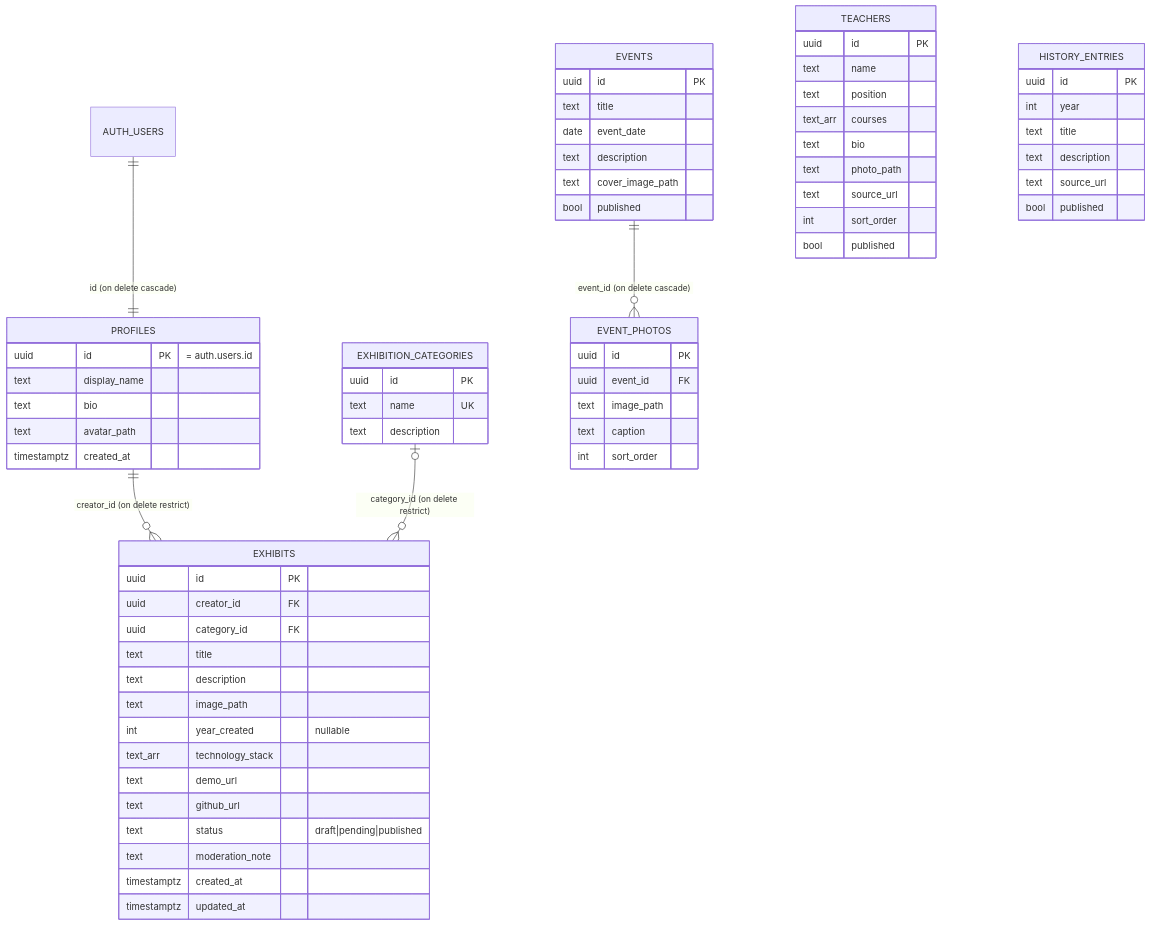
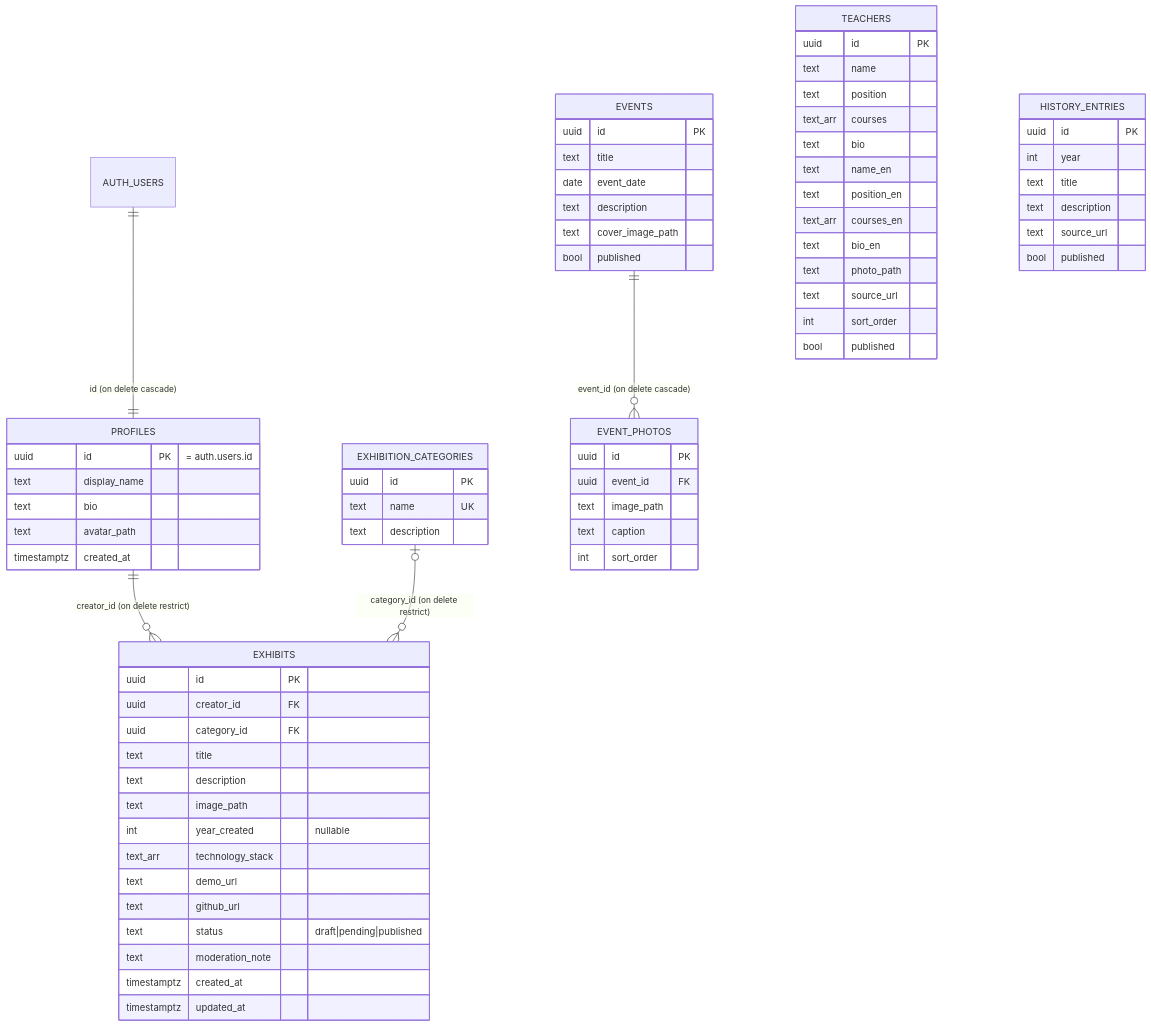
The diagram in docs/ARCHITECTURE.md (grnet7u/ism-digital-museum), drawn with Mermaid before and after one commit. The commit also changed other lines of this file and 6 other files, not shown here.

````diff
--- a/docs/ARCHITECTURE.md
+++ b/docs/ARCHITECTURE.md
@@ -25,14 +25,14 @@
 ```mermaid
 erDiagram
     AUTH_USERS ||--|| PROFILES : "id (on delete cascade)"
     PROFILES ||--o{ EXHIBITS : "creator_id (on delete restrict)"
     EXHIBITION_CATEGORIES |o--o{ EXHIBITS : "category_id (on delete restrict)"
     EVENTS ||--o{ EVENT_PHOTOS : "event_id (on delete cascade)"
     PROFILES { uuid id PK "= auth.users.id" text display_name text bio text avatar_path timestamptz created_at }
     EXHIBITION_CATEGORIES { uuid id PK text name UK text description }
     EXHIBITS { uuid id PK uuid creator_id FK uuid category_id FK text title text description text image_path int year_created "nullable" text_arr technology_stack text demo_url text github_url text status "draft|pending|published" text moderation_note timestamptz created_at timestamptz updated_at }
-    TEACHERS { uuid id PK text name text position text_arr courses text bio text photo_path text source_url int sort_order bool published }
+    TEACHERS { uuid id PK text name text position text_arr courses text bio text name_en text position_en text_arr courses_en text bio_en text photo_path text source_url int sort_order bool published }
     EVENTS { uuid id PK text title date event_date text description text cover_image_path bool published }
     EVENT_PHOTOS { uuid id PK uuid event_id FK text image_path text caption int sort_order }
     HISTORY_ENTRIES { uuid id PK int year text title text description text source_url bool published }
 ```
````
